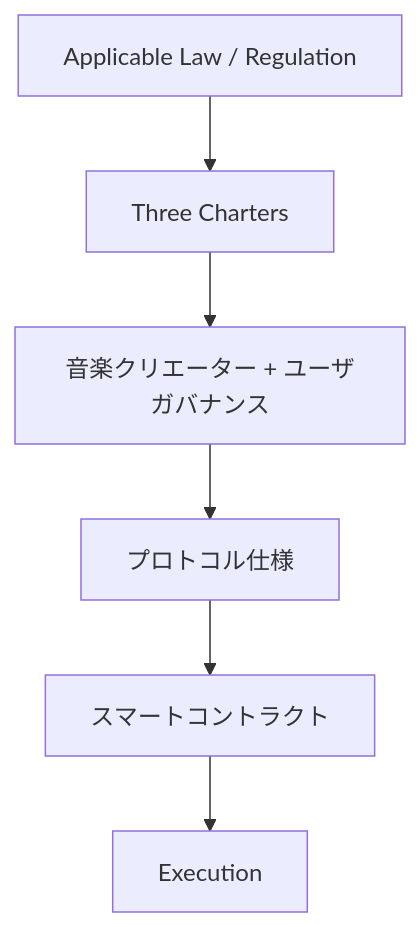
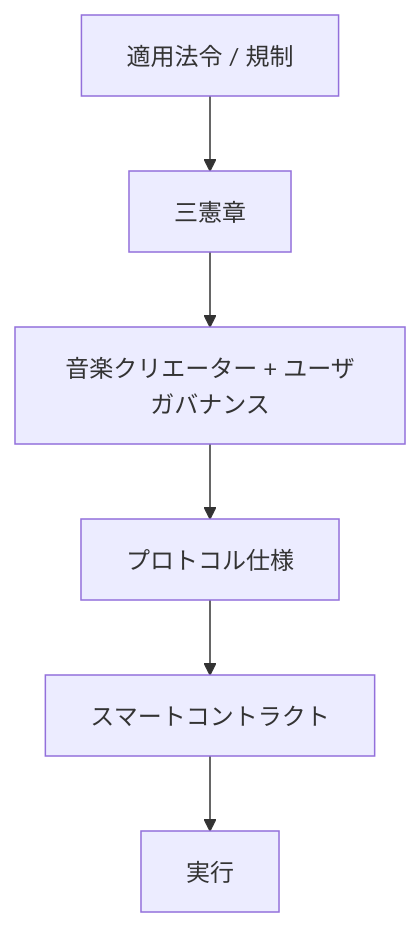
Before and after one commit to ShigeichiroYamasaki/creator-first-platform: the fourth of 47 diagrams in docs/whitepaper/13-roadmap.md, drawn with Mermaid. The commit also changed other lines of this file and 72 other files, not shown here.

````diff
--- a/docs/whitepaper/13-roadmap.md
+++ b/docs/whitepaper/13-roadmap.md
@@ -98,11 +98,11 @@
 ```mermaid
 flowchart TD
-    LAW[Applicable Law / Regulation]
-    CHARTER[Three Charters]
+    LAW[適用法令 / 規制]
+    CHARTER[三憲章]
     GOV[音楽クリエーター + ユーザガバナンス]
     SPEC[プロトコル仕様]
     CODE[スマートコントラクト]
-    EXEC[Execution]
+    EXEC[実行]
 
     LAW --> CHARTER --> GOV --> SPEC --> CODE --> EXEC
 ```
````
